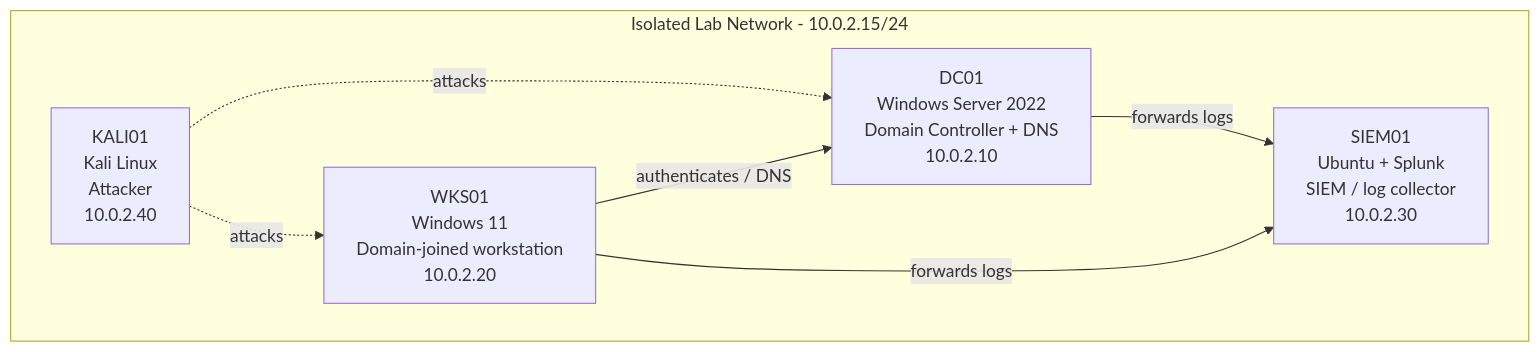
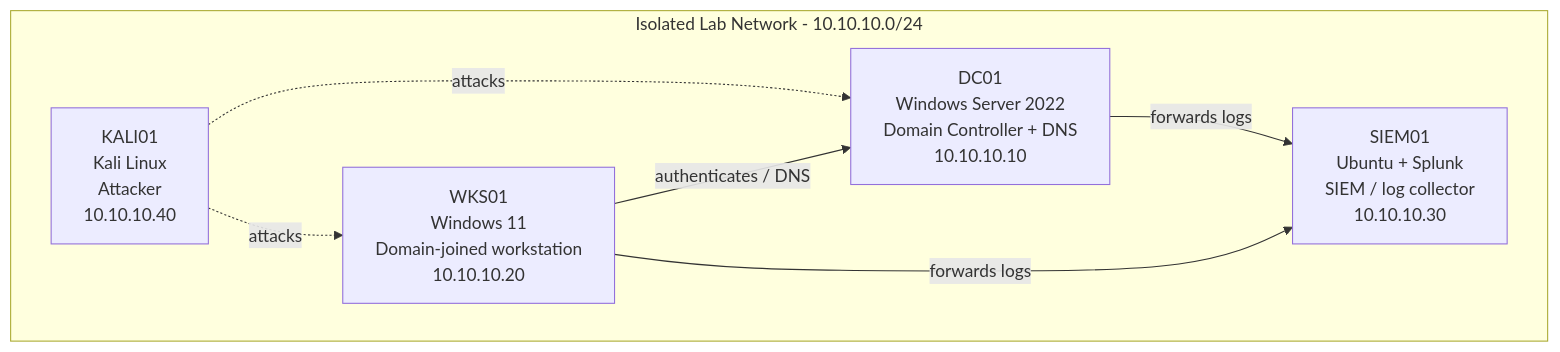
Before and after one commit to DevinCodes13/home-lab-docs: the diagram in README.md, drawn with Mermaid. The commit also changed other lines of this file and 1 other file, not shown here.

Commit message:
docs: Ubuntu Setup — Disk, LVM & Wazuh Install (LabScribe)

````diff
--- a/README.md
+++ b/README.md
@@ -21,14 +21,14 @@
 ```mermaid
 graph TB
-    subgraph LAB["Isolated Lab Network - 10.0.2.15/24"]
-        DC["DC01<br/>Windows Server 2022<br/>Domain Controller + DNS<br/>10.0.2.10"]
-        WKS["WKS01<br/>Windows 11<br/>Domain-joined workstation<br/>10.0.2.20"]
-        SIEM["SIEM01<br/>Ubuntu + Splunk<br/>SIEM / log collector<br/>10.0.2.30"]
-        KALI["KALI01<br/>Kali Linux<br/>Attacker<br/>10.0.2.40"]
+    subgraph LAB["Isolated Lab Network - 10.10.10.0/24"]
+        DC["DC01<br/>Windows Server 2022<br/>Domain Controller + DNS<br/>10.10.10.10"]
+        WKS["WKS01<br/>Windows 11<br/>Domain-joined workstation<br/>10.10.10.20"]
+        SIEM["SIEM01<br/>Ubuntu + Splunk<br/>SIEM / log collector<br/>10.10.10.30"]
+        KALI["KALI01<br/>Kali Linux<br/>Attacker<br/>10.10.10.40"]
         WKS -->|"authenticates / DNS"| DC
         DC -->|"forwards logs"| SIEM
         WKS -->|"forwards logs"| SIEM
         KALI -.->|"attacks"| DC
         KALI -.->|"attacks"| WKS
     end
 ```
````
